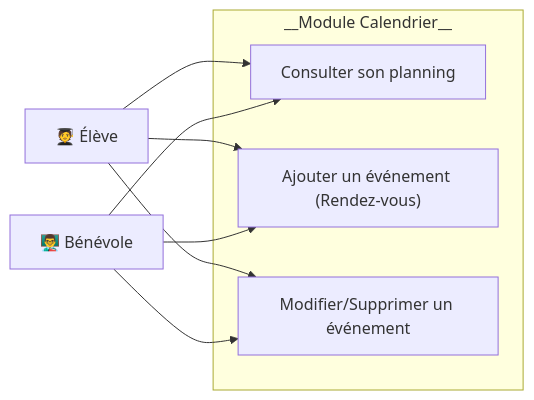
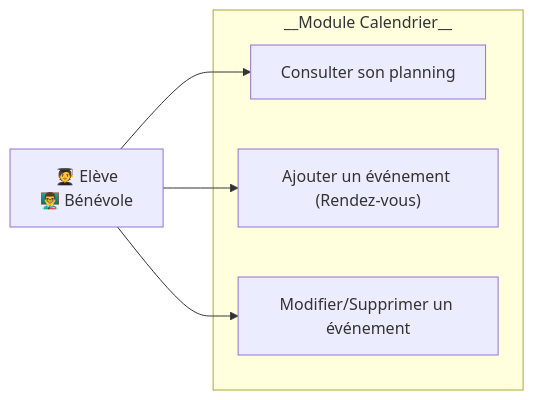
The third of 5 diagrams in cas_usage.md (nutbreaker/projet_5), drawn with Mermaid before and after one commit. The commit also changed other lines of this file, not shown here.

````diff
--- a/cas_usage.md
+++ b/cas_usage.md
@@ -81,19 +78,17 @@
 ```mermaid
 graph LR
-    E["🧑‍🎓 Élève"]
-    B["👨‍🏫 Bénévole"]
+    U["
+        🧑‍🎓 Elève
+        👨‍🏫 Bénévole
+    "]
     
     subgraph "__Module Calendrier__"
         UC9["Consulter son planning"]
         UC10["Ajouter un événement (Rendez-vous)"]
         UC11["Modifier/Supprimer un événement"]
     end
     
-    E --> UC9
-    E --> UC10
-    E --> UC11
-    
-    B --> UC9
-    B --> UC10
-    B --> UC11
+    U --> UC9
+    U --> UC10
+    U --> UC11
 ```
````
